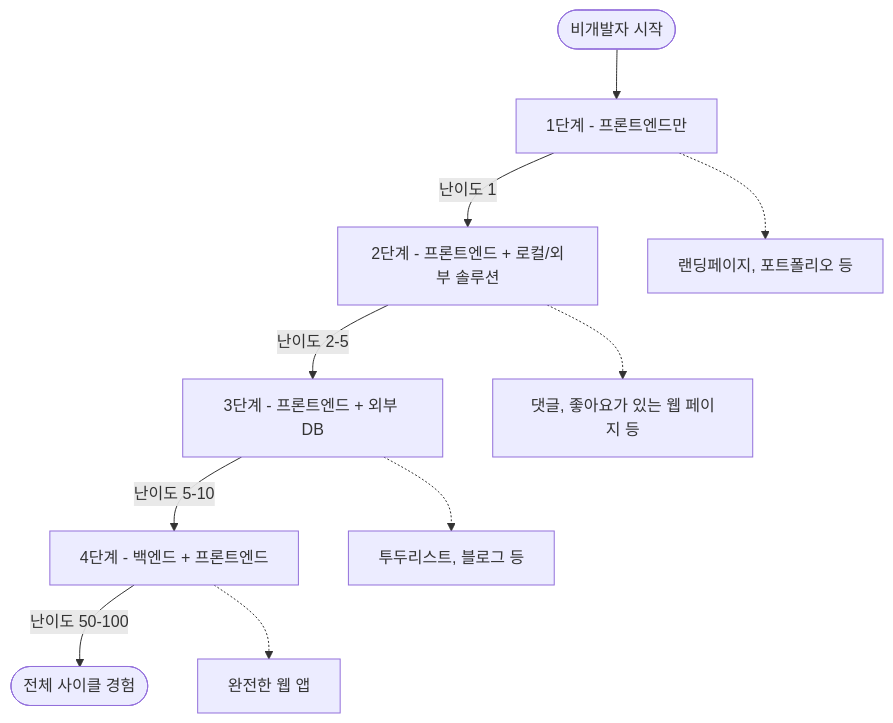
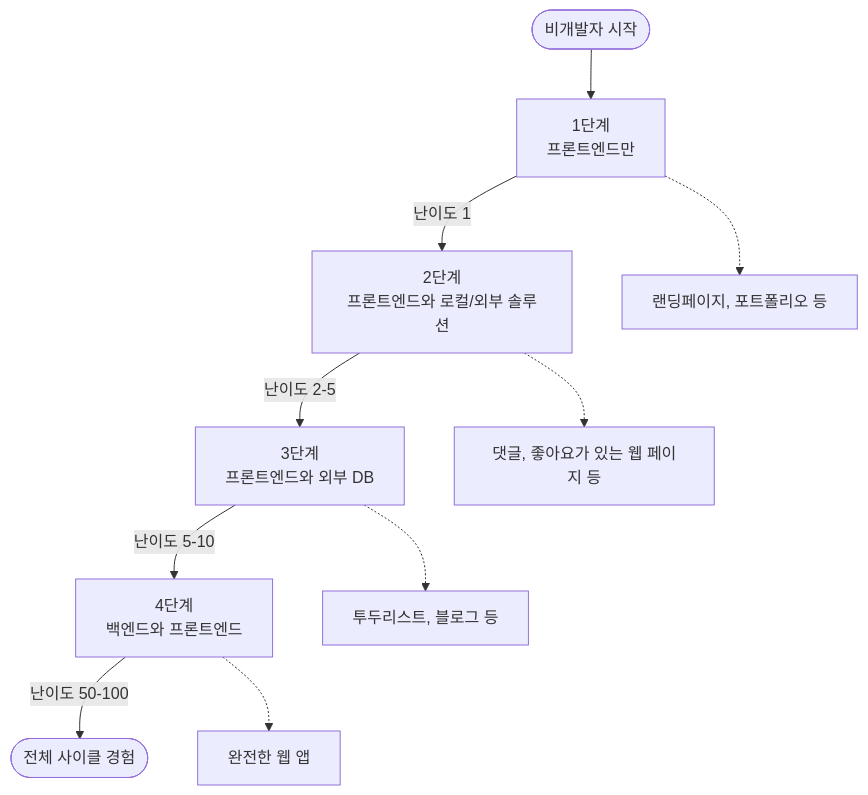
One commit to nugurejeil/weniVooks changed the seventh of 8 diagrams in _md/essentials-vibecoding/chapter01/01-1.md. Above: the diagram before and after it, drawn with Mermaid. The commit also changed other lines of this file and 3 other files, not shown here.

````diff
--- a/_md/essentials-vibecoding/chapter01/01-1.md
+++ b/_md/essentials-vibecoding/chapter01/01-1.md
@@ -210,17 +211,17 @@
 ```mermaid
 graph TD
-    Start(["비개발자 시작"]) --> Stage1["1단계 - 프론트엔드만"]
+    Start(["비개발자 시작"]) --> Stage1["1단계<br>프론트엔드만"]
 
-    Stage1 --> |"난이도 1"| Stage2["2단계 - 프론트엔드 + 로컬/외부 솔루션"]
+    Stage1 --> |"난이도 1"| Stage2["2단계<br>프론트엔드와 로컬/외부 솔루션"]
 
-    Stage2 --> |"난이도 2-5"| Stage3["3단계 - 프론트엔드 + 외부 DB"]
+    Stage2 --> |"난이도 2-5"| Stage3["3단계<br>프론트엔드와 외부 DB"]
 
-    Stage3 --> |"난이도 5-10"| Stage4["4단계 - 백엔드 + 프론트엔드"]
+    Stage3 --> |"난이도 5-10"| Stage4["4단계<br>백엔드와 프론트엔드"]
 
     Stage4 --> |"난이도 50-100"| End(["전체 사이클 경험"])
 
     Stage1 -.-> S1Detail["랜딩페이지, 포트폴리오 등"]
     Stage2 -.-> S2Detail["댓글, 좋아요가 있는 웹 페이지 등"]
     Stage3 -.-> S3Detail["투두리스트, 블로그 등"]
     Stage4 -.-> S4Detail["완전한 웹 앱"]
 ```
````
